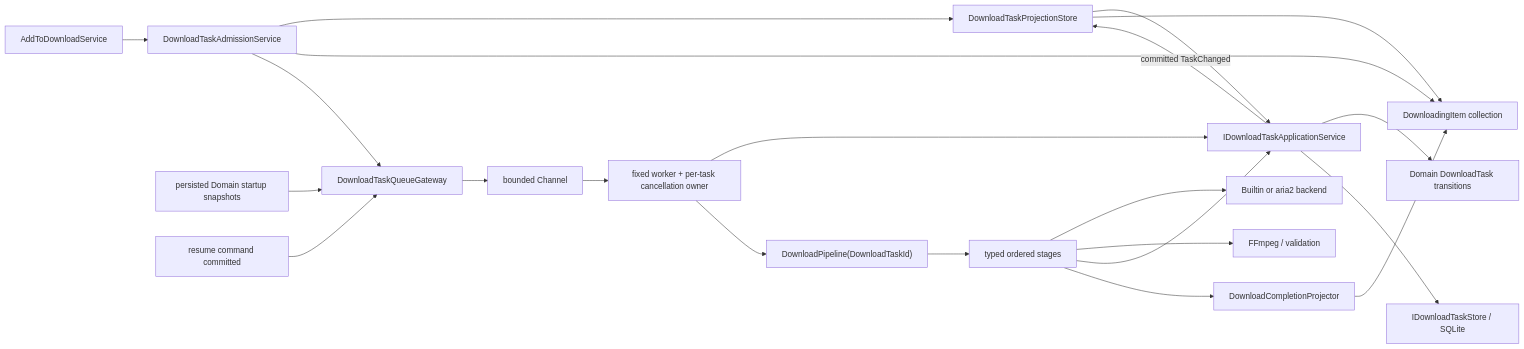
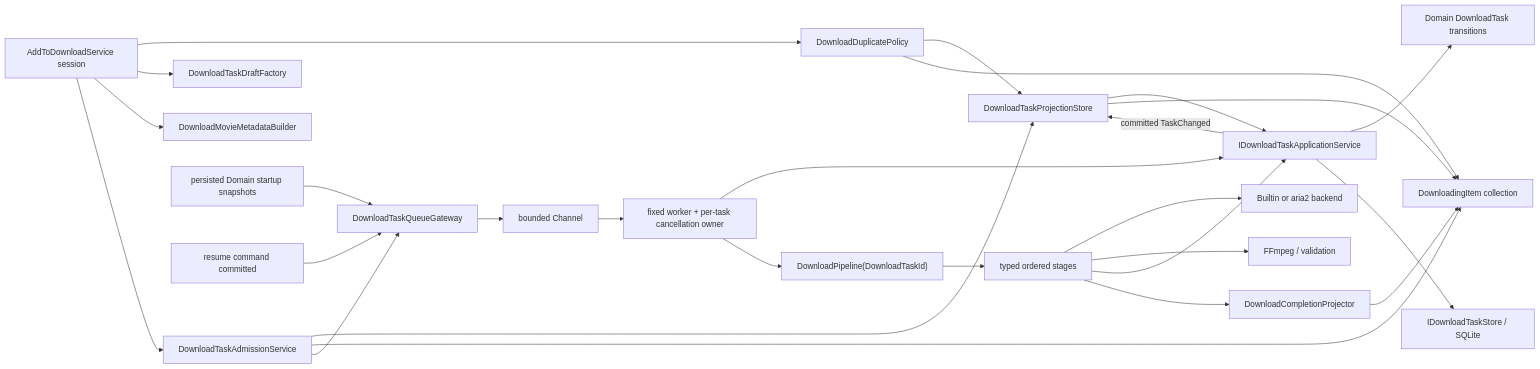
One commit to 403a/downkyicore changed the third of 4 diagrams in ARCHITECTURE.md. Above: the diagram before and after it, drawn with Mermaid. The commit also changed 16 other files, not shown here.

Commit message:
refactor(download): split add task owners

````diff
--- a/ARCHITECTURE.md
+++ b/ARCHITECTURE.md
@@ -89,24 +89,29 @@
 ```mermaid
 flowchart LR
-    Add["AddToDownloadService"] --> Admission["DownloadTaskAdmissionService"]
+    Add["AddToDownloadService session"] --> Duplicate["DownloadDuplicatePolicy"]
+    Add --> Draft["DownloadTaskDraftFactory"]
+    Add --> Metadata["DownloadMovieMetadataBuilder"]
+    Add --> Admission["DownloadTaskAdmissionService"]
+    Duplicate --> Projection
+    Duplicate --> UiList
     Admission --> Projection["DownloadTaskProjectionStore"]
     Admission --> UiList["DownloadingItem collection"]
     Admission --> QueueGateway["DownloadTaskQueueGateway"]
     Projection --> Commands["IDownloadTaskApplicationService"]
     Commands --> Domain["Domain DownloadTask transitions"]
     Commands --> Store["IDownloadTaskStore / SQLite"]
     Commands -->|"committed TaskChanged"| Projection
     Projection --> UiList
     Bootstrap["persisted Domain startup snapshots"] --> QueueGateway
     Resume["resume command committed"] --> QueueGateway
     QueueGateway --> Channel["bounded Channel<DownloadTaskId>"]
     Channel --> Worker["fixed worker + per-task cancellation owner"]
     Worker --> Commands
     Worker --> Pipeline["DownloadPipeline(DownloadTaskId)"]
     Pipeline --> Stages["typed ordered stages"]
     Stages --> Backend["Builtin or aria2 backend"]
     Stages --> Ffmpeg["FFmpeg / validation"]
     Stages --> Commands
     Stages --> CompletionProjector["DownloadCompletionProjector"]
     CompletionProjector --> UiList
 ```
````
